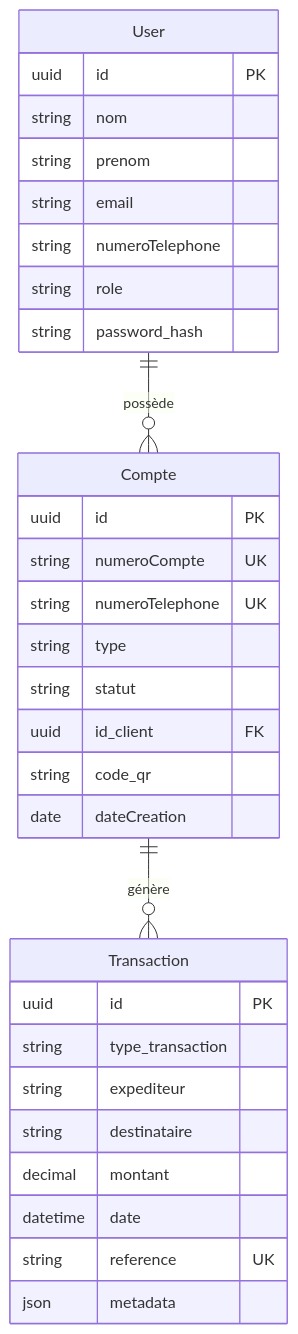
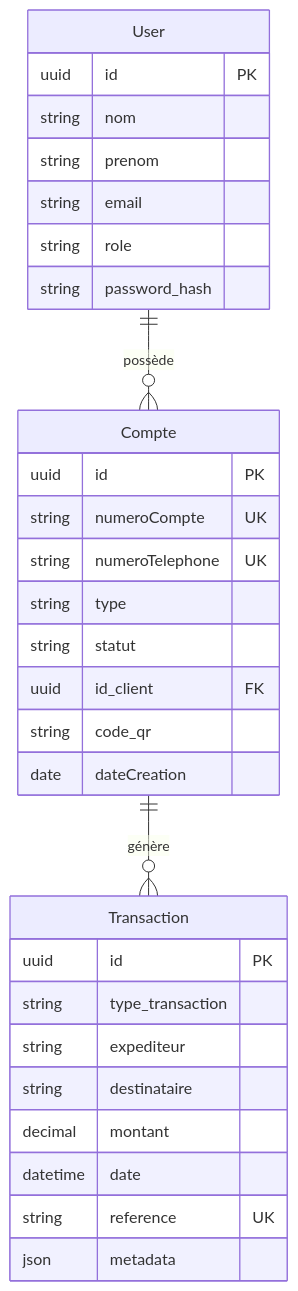
The diagram in README.md (KalidouGUISSE/OM-Pay), drawn with Mermaid before and after one commit. The commit also changed other lines of this file and 3 other files, not shown here.

````diff
--- a/README.md
+++ b/README.md
@@ -333,36 +346,35 @@
 ```mermaid
 erDiagram
     User ||--o{ Compte : "possède"
     User {
         uuid id PK
         string nom
         string prenom
         string email
-        string numeroTelephone
         string role
         string password_hash
     }
     
     Compte ||--o{ Transaction : "génère"
     Compte {
         uuid id PK
         string numeroCompte UK
         string numeroTelephone UK
         string type
         string statut
         uuid id_client FK
         string code_qr
         date dateCreation
     }
     
     Transaction {
         uuid id PK
         string type_transaction
         string expediteur
         string destinataire
         decimal montant
         datetime date
         string reference UK
         json metadata
     }
 ```
````
